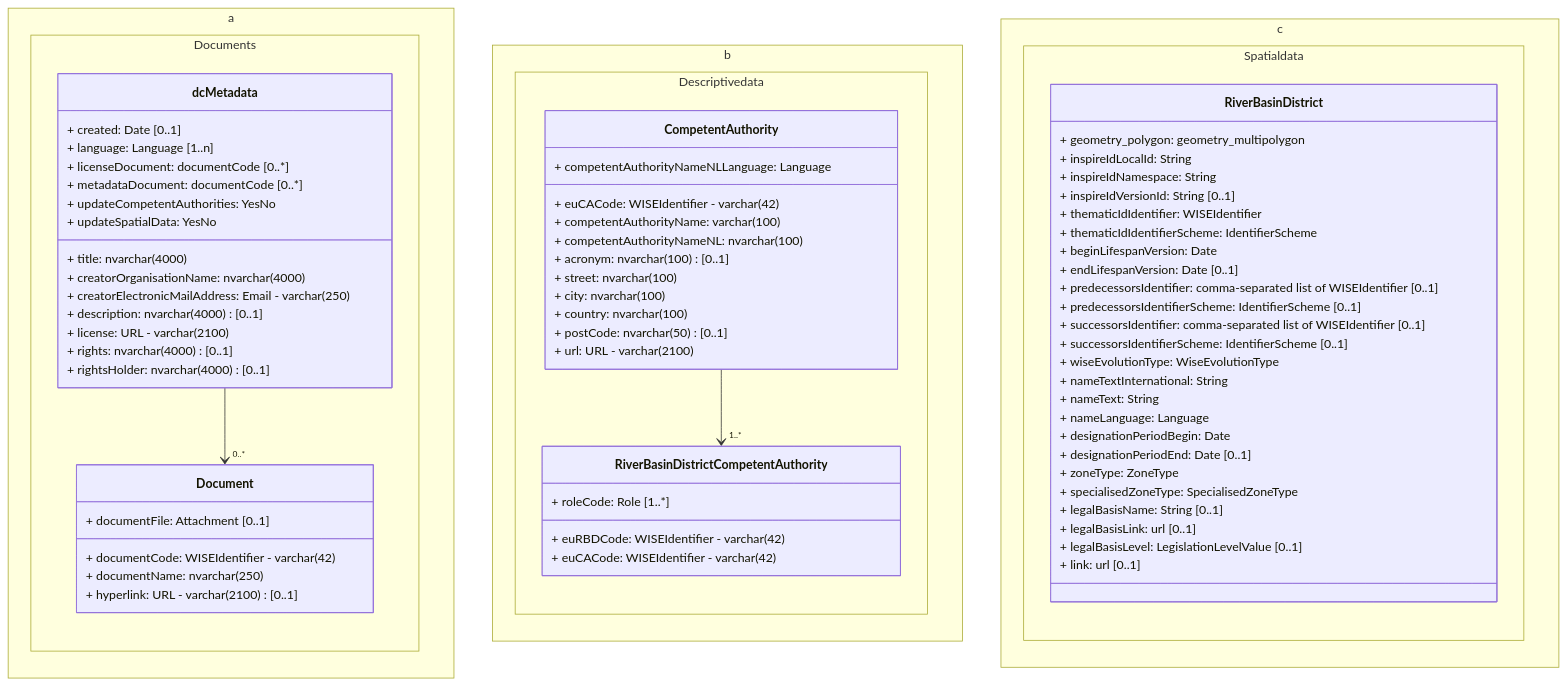
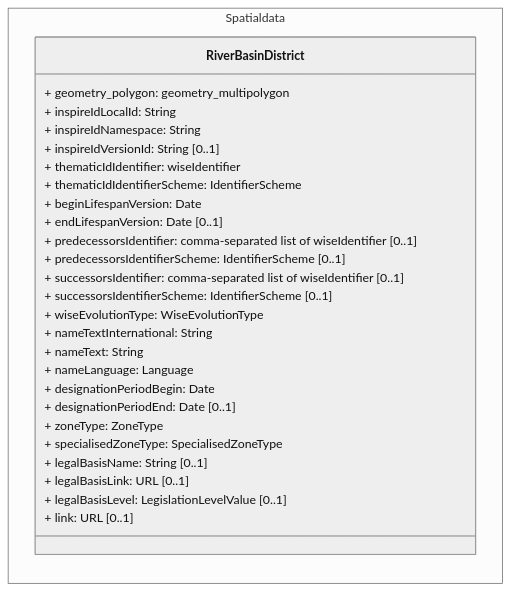
The fifth of 5 diagrams in docs/DataModelReview/WFDRiverBasinDistrictsAndCompetentAuthorities.md (eeadata/WISE.WFD.Documentation), drawn with Mermaid before and after one commit. The commit also changed other lines of this file and 1 other file, not shown here.

Commit message:
Corrected rendering issue in the UML diagrams for the new RBDSUCA. Corrected formatting in WFD Monitoring.

````diff
--- a/docs/DataModelReview/WFDRiverBasinDistrictsAndCompetentAuthorities.md
+++ b/docs/DataModelReview/WFDRiverBasinDistrictsAndCompetentAuthorities.md
@@ -190,77 +255,37 @@
 ```{mermaid}
+:name: RBDCA_4thCycle_Spatial
+:caption:  River Basin Districts and Competent Authorities - 4ᵗʰ cycle - Spatial Data
+:align: center
+:zoom:
+%%{init: {'theme': 'neutral'}}%%
 classDiagram
-direction TB
-namespace a. Documents {
-class dcMetadata {
-+ title: nvarchar(4000)
-+ creatorOrganisationName: nvarchar(4000)
-+ creatorElectronicMailAddress: Email - varchar(250)
-+ description: nvarchar(4000) [0..1]
-+ created: Date [0..1]
-+ language: Language [1..n]
-+ license: URL - varchar(2100)
-+ rights: nvarchar(4000) [0..1]
-+ rightsHolder: nvarchar(4000) [0..1]
-+ licenseDocument: documentCode [0..*]
-+ metadataDocument: documentCode [0..*]
-+ updateCompetentAuthorities: YesNo
-+ updateSpatialData: YesNo
-}
-class Document {
-+ documentCode: WISEIdentifier - varchar(42)
-+ documentName: nvarchar(250)
-+ hyperlink: URL - varchar(2100) [0..1]
-+ documentFile: Attachment [0..1]
-}
-}
-namespace b.Descriptivedata {
-class CompetentAuthority {
-+ euCACode: WISEIdentifier - varchar(42)
-+ competentAuthorityName: varchar(100)
-+ competentAuthorityNameNL: nvarchar(100)
-+ competentAuthorityNameNLLanguage: Language
-+ acronym: nvarchar(100) [0..1]
-+ street: nvarchar(100)
-+ city: nvarchar(100)
-+ country: nvarchar(100)
-+ postCode: nvarchar(50) [0..1]
-+ url: URL - varchar(2100)
-}
-class RiverBasinDistrictCompetentAuthority {
-+ euRBDCode: WISEIdentifier - varchar(42)
-+ euCACode: WISEIdentifier - varchar(42)
-+ roleCode: Role [1..*]
-}
-}
-namespace c.Spatialdata {
+direction LR
+namespace Spatialdata {
 class RiverBasinDistrict {
 + geometry_polygon: geometry_multipolygon
 + inspireIdLocalId: String
 + inspireIdNamespace: String
 + inspireIdVersionId: String [0..1]
-+ thematicIdIdentifier: WISEIdentifier
++ thematicIdIdentifier: wiseIdentifier
 + thematicIdIdentifierScheme: IdentifierScheme
 + beginLifespanVersion: Date
 + endLifespanVersion: Date [0..1]
-+ predecessorsIdentifier: comma-separated list of WISEIdentifier [0..1]
++ predecessorsIdentifier: comma-separated list of wiseIdentifier [0..1]
 + predecessorsIdentifierScheme: IdentifierScheme [0..1]
-+ successorsIdentifier: comma-separated list of WISEIdentifier [0..1]
++ successorsIdentifier: comma-separated list of wiseIdentifier [0..1]
 + successorsIdentifierScheme: IdentifierScheme [0..1]
 + wiseEvolutionType: WiseEvolutionType
 + nameTextInternational: String
 + nameText: String
 + nameLanguage: Language
 + designationPeriodBegin: Date
 + designationPeriodEnd: Date [0..1]
 + zoneType: ZoneType
 + specialisedZoneType: SpecialisedZoneType
 + legalBasisName: String [0..1]
-+ legalBasisLink: url [0..1]
++ legalBasisLink: URL [0..1]
 + legalBasisLevel: LegislationLevelValue [0..1]
-+ link: url [0..1]
++ link: URL [0..1]
 }
 }
-
-dcMetadata --> "0..*" Document
-CompetentAuthority --> "1..*" RiverBasinDistrictCompetentAuthority
 ```
````
